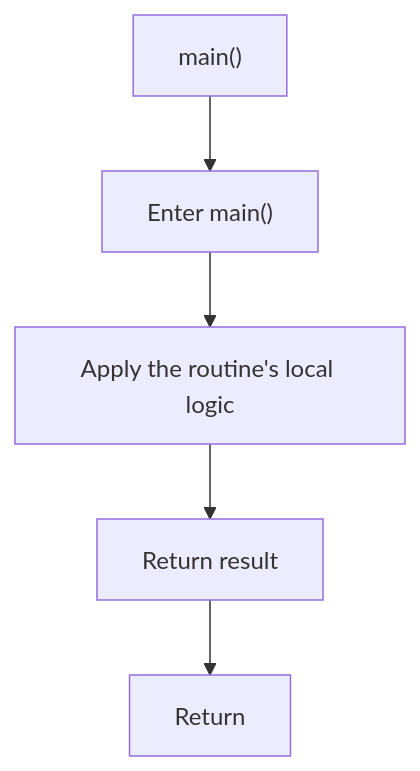
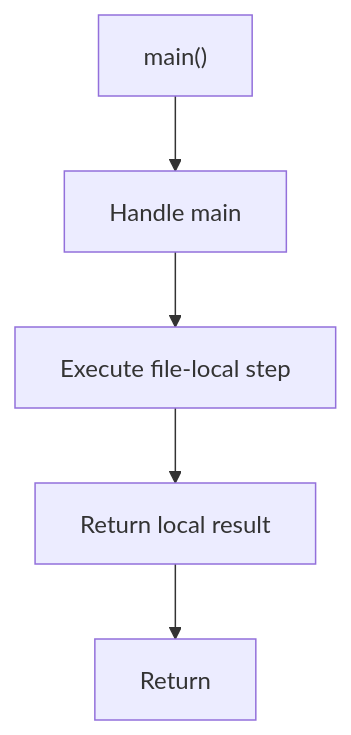
Before and after one commit to JohnAndrewBalbarosa/NeoTerritory: the second of 2 diagrams in docs/Codebase/Microservice/main.cpp.md, drawn with Mermaid. The commit also changed other lines of this file and 925 other files, not shown here.

````diff
--- a/docs/Codebase/Microservice/main.cpp.md
+++ b/docs/Codebase/Microservice/main.cpp.md
@@ -63,12 +62,12 @@
 ```mermaid
 flowchart TD
     Start["main()"]
-    N0["Enter main()"]
-    N1["Apply the routine's local logic"]
-    N2["Return result"]
+    N0["Handle main"]
+    N1["Execute file-local step"]
+    N2["Return local result"]
     End["Return"]
     Start --> N0
     N0 --> N1
     N1 --> N2
     N2 --> End
 ```
````
